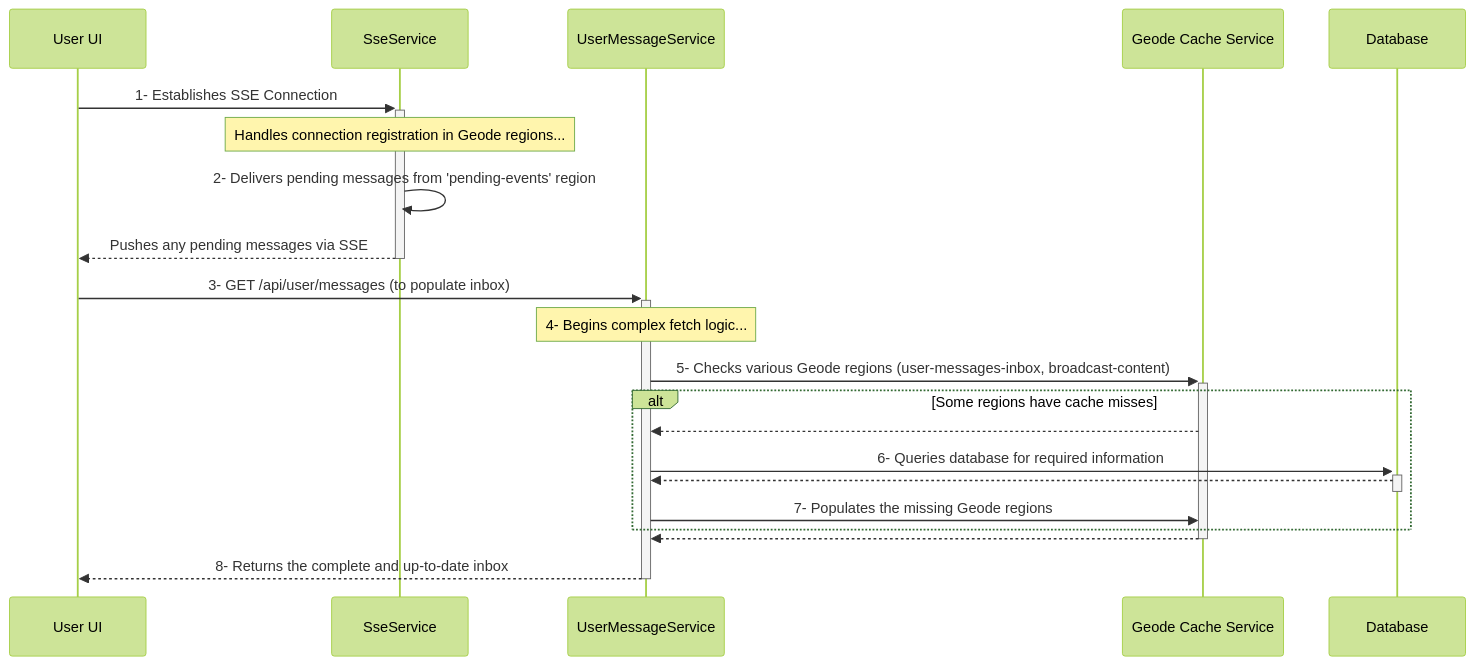
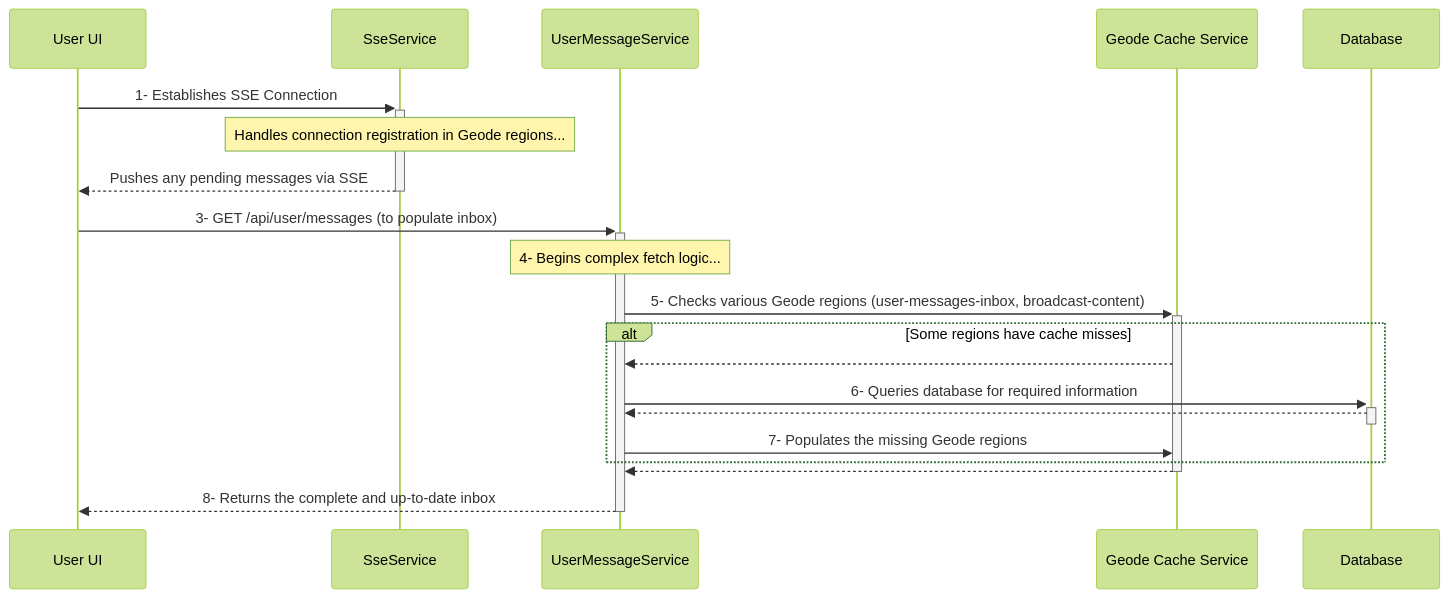
Before and after one commit to rsrini7/Notification-SSE-GLM-Flux: the diagram in MermaidDiagrams/seq-active-group-inbox.mmd, drawn with Mermaid (forest theme). The commit also changed 15 other files, not shown here.

First line of the commit message:
refactor(message-delivery): remove pending-events region and related functionality

```diff
--- a/MermaidDiagrams/seq-active-group-inbox.mmd
+++ b/MermaidDiagrams/seq-active-group-inbox.mmd
@@ -1,23 +1,22 @@
 sequenceDiagram
     participant UserUI as User UI
     participant SseSvc as SseService
     participant UserMsgSvc as UserMessageService
     participant GeodeCache as Geode Cache Service
     participant DB as Database
 
     UserUI->>+SseSvc: 1- Establishes SSE Connection
     Note over SseSvc: Handles connection registration in Geode regions...
-    SseSvc->>SseSvc: 2- Delivers pending messages from 'pending-events' region
     SseSvc-->>-UserUI: Pushes any pending messages via SSE
     
     UserUI->>+UserMsgSvc: 3- GET /api/user/messages (to populate inbox)
     Note over UserMsgSvc: 4- Begins complex fetch logic... 
     UserMsgSvc->>+GeodeCache: 5- Checks various Geode regions (user-messages-inbox, broadcast-content)
     alt Some regions have cache misses
         GeodeCache-->>UserMsgSvc: 
         UserMsgSvc->>+DB: 6- Queries database for required information
         DB-->>-UserMsgSvc: 
         UserMsgSvc->>GeodeCache: 7- Populates the missing Geode regions
     end
     GeodeCache-->>-UserMsgSvc: 
     UserMsgSvc-->>-UserUI: 8- Returns the complete and up-to-date inbox
```
